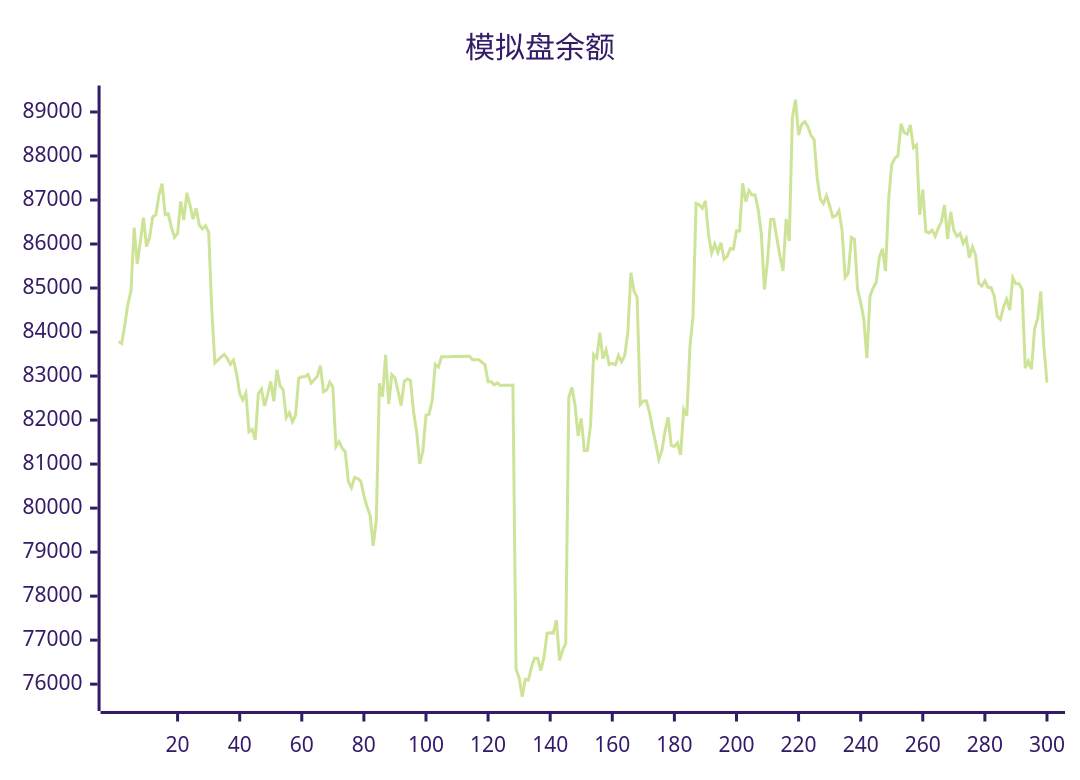
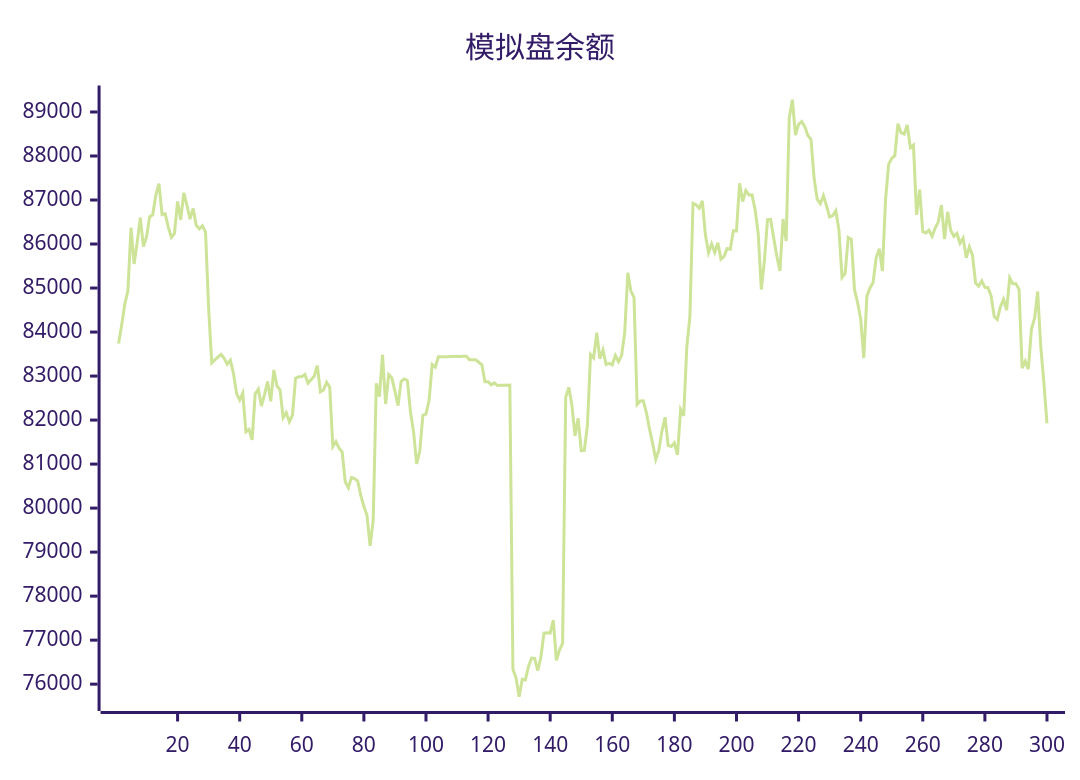
Before and after one commit to aahl/ai-trading: the diagram in README.md, drawn with Mermaid (forest theme). The commit also changed other lines of this file and 1 other file, not shown here.

````diff
--- a/README.md
+++ b/README.md
@@ -5,5 +5,5 @@
 ```mermaid
 xychart
     title "模拟盘余额"
-    line [83785,83738,84160,84639,84939,86370,85548,86046,86599,85942,86161,86622,86664,87115,87369,86666,86685,86384,86152,86243,86969,86548,87164,86885,86566,86809,86427,86348,86417,86273,84538,83299,83369,83430,83490,83404,83270,83362,83056,82605,82459,82614,81734,81788,81551,82598,82702,82320,82580,82878,82426,83139,82778,82686,82056,82166,81963,82110,82951,82983,82984,83038,82838,82915,82998,83235,82642,82682,82858,82746,81396,81512,81362,81277,80600,80461,80699,80673,80616,80288,80038,79836,79142,79722,82837,82533,83480,82366,83032,82960,82654,82330,82883,82934,82901,82188,81728,81005,81298,82110,82135,82449,83264,83203,83440,83439,83440,83440,83446,83447,83448,83447,83448,83449,83369,83369,83369,83313,83256,82872,82873,82801,82844,82785,82791,82791,82793,82794,76339,76145,75714,76110,76096,76397,76594,76585,76310,76607,77160,77170,77160,77456,76541,76774,76927,82520,82744,82337,81639,82040,81307,81314,81887,83490,83414,83984,83396,83594,83261,83287,83253,83470,83327,83465,83987,85348,84930,84786,82355,82433,82438,82167,81795,81466,81105,81315,81756,82064,81426,81398,81481,81210,82242,82099,83658,84359,86925,86892,86814,86980,86203,85802,86003,85811,86028,85657,85721,85896,85880,86300,86299,87378,86965,87214,87115,87118,86780,86238,84966,85623,86555,86562,86129,85722,85387,86569,86070,88870,89278,88477,88720,88781,88668,88467,88372,87493,87018,86917,87102,86870,86613,86644,86758,86317,85242,85334,86149,86106,84968,84671,84302,83410,84816,85001,85127,85693,85891,85384,87001,87811,87945,88007,88734,88528,88495,88705,88189,88248,86662,87234,86279,86251,86314,86177,86364,86503,86886,86114,86731,86310,86176,86240,86017,86136,85685,85938,85749,85111,85044,85164,85016,85008,84824,84354,84287,84572,84745,84500,85234,85096,85095,84970,83180,83338,83157,84070,84309,84922,83667,82850]
+    line [83738,84160,84639,84939,86370,85548,86046,86599,85942,86161,86622,86664,87115,87369,86666,86685,86384,86152,86243,86969,86548,87164,86885,86566,86809,86427,86348,86417,86273,84538,83299,83369,83430,83490,83404,83270,83362,83056,82605,82459,82614,81734,81788,81551,82598,82702,82320,82580,82878,82426,83139,82778,82686,82056,82166,81963,82110,82951,82983,82984,83038,82838,82915,82998,83235,82642,82682,82858,82746,81396,81512,81362,81277,80600,80461,80699,80673,80616,80288,80038,79836,79142,79722,82837,82533,83480,82366,83032,82960,82654,82330,82883,82934,82901,82188,81728,81005,81298,82110,82135,82449,83264,83203,83440,83439,83440,83440,83446,83447,83448,83447,83448,83449,83369,83369,83369,83313,83256,82872,82873,82801,82844,82785,82791,82791,82793,82794,76339,76145,75714,76110,76096,76397,76594,76585,76310,76607,77160,77170,77160,77456,76541,76774,76927,82520,82744,82337,81639,82040,81307,81314,81887,83490,83414,83984,83396,83594,83261,83287,83253,83470,83327,83465,83987,85348,84930,84786,82355,82433,82438,82167,81795,81466,81105,81315,81756,82064,81426,81398,81481,81210,82242,82099,83658,84359,86925,86892,86814,86980,86203,85802,86003,85811,86028,85657,85721,85896,85880,86300,86299,87378,86965,87214,87115,87118,86780,86238,84966,85623,86555,86562,86129,85722,85387,86569,86070,88870,89278,88477,88720,88781,88668,88467,88372,87493,87018,86917,87102,86870,86613,86644,86758,86317,85242,85334,86149,86106,84968,84671,84302,83410,84816,85001,85127,85693,85891,85384,87001,87811,87945,88007,88734,88528,88495,88705,88189,88248,86662,87234,86279,86251,86314,86177,86364,86503,86886,86114,86731,86310,86176,86240,86017,86136,85685,85938,85749,85111,85044,85164,85016,85008,84824,84354,84287,84572,84745,84500,85234,85096,85095,84970,83180,83338,83157,84070,84309,84922,83667,82850,81924]
 ```
````
